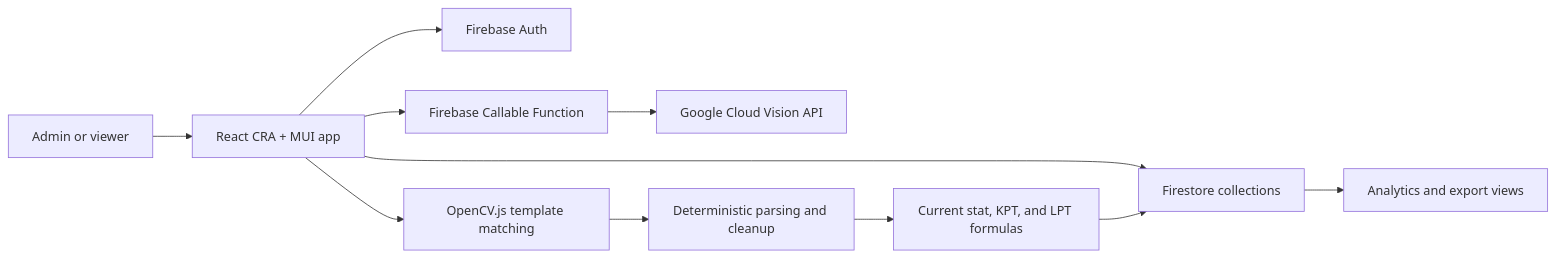
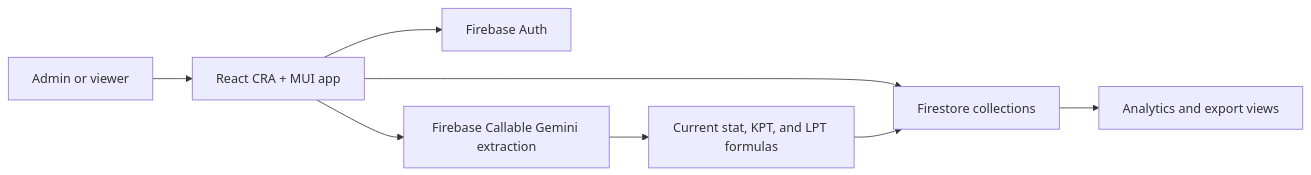
One commit to saumyajn/the-last-land changed the diagram in README.md. Above: the diagram before and after it, drawn with Mermaid. The commit also changed other lines of this file and 37 other files, not shown here.

````diff
--- a/README.md
+++ b/README.md
@@ -33,13 +31,10 @@
 ```mermaid
 flowchart LR
   User["Admin or viewer"] --> UI["React CRA + MUI app"]
   UI --> Auth["Firebase Auth"]
   UI --> Firestore["Firestore collections"]
-  UI --> OCR["Firebase Callable Function"]
-  OCR --> Vision["Google Cloud Vision API"]
-  UI --> CV["OpenCV.js template matching"]
-  CV --> Parser["Deterministic parsing and cleanup"]
-  Parser --> Calcs["Current stat, KPT, and LPT formulas"]
+  UI --> Extract["Firebase Callable Gemini extraction"]
+  Extract --> Calcs["Current stat, KPT, and LPT formulas"]
   Calcs --> Firestore
   Firestore --> Analytics["Analytics and export views"]
 ```
````
